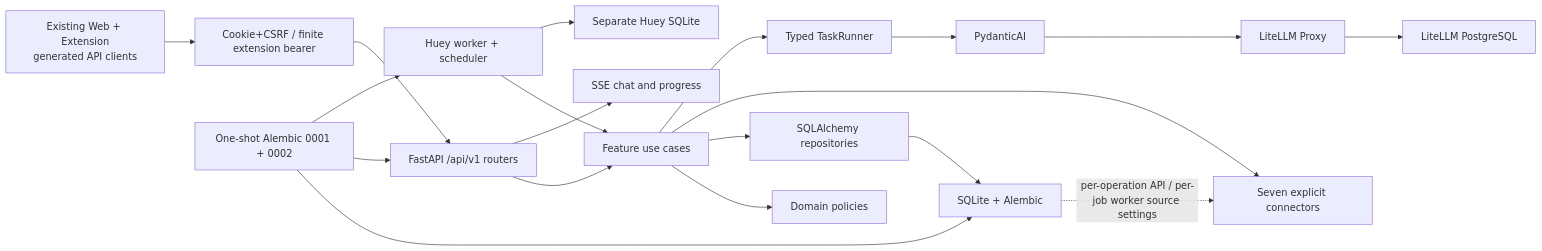
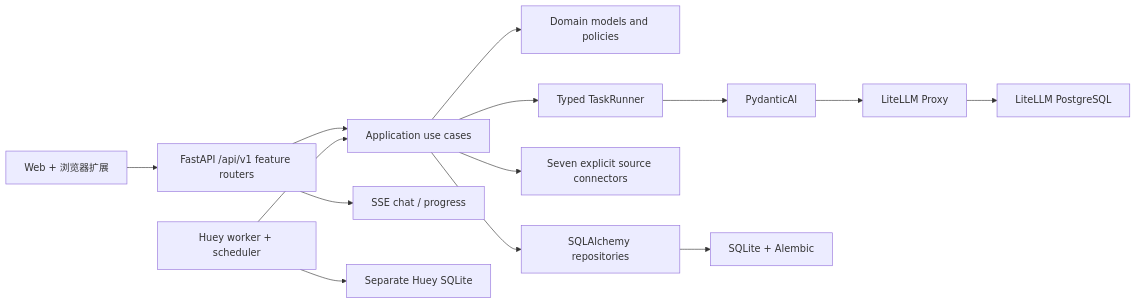
Before and after one commit to Zhujingxi/OpenBiliClaw: the diagram in README.md, drawn with Mermaid. The commit also changed other lines of this file and 1000 other files, not shown here.

Commit message:
refactor: remove legacy architecture and document vnext

````diff
--- a/README.md
+++ b/README.md
@@ -27,21 +20,16 @@
 ```mermaid
 flowchart LR
-    UI["Existing Web + Extension<br/>generated API clients"] --> AUTH["Cookie+CSRF / finite extension bearer"]
-    AUTH --> API["FastAPI /api/v1 routers"]
-    API --> UC["Feature use cases"]
-    API --> SSE["SSE chat and progress"]
+    UI["Web + 浏览器扩展"] --> API["FastAPI /api/v1 feature routers"]
+    API --> UC["Application use cases"]
+    API --> SSE["SSE chat / progress"]
     JOBS["Huey worker + scheduler"] --> UC
-    UC --> DOMAIN["Domain policies"]
+    UC --> DOMAIN["Domain models and policies"]
     UC --> REPOS["SQLAlchemy repositories"]
-    UC --> SOURCES["Seven explicit connectors"]
+    UC --> SOURCES["Seven explicit source connectors"]
     UC --> AI["Typed TaskRunner"]
-    MIGRATE["One-shot Alembic 0001 + 0002"] --> DB
-    MIGRATE --> API
-    MIGRATE --> JOBS
     AI --> PYD["PydanticAI"]
     PYD --> LLM["LiteLLM Proxy"]
     REPOS --> DB["SQLite + Alembic"]
-    DB -. "per-operation API / per-job worker source settings" .-> SOURCES
     JOBS --> QUEUE["Separate Huey SQLite"]
     LLM --> PG["LiteLLM PostgreSQL"]
 ```
````
